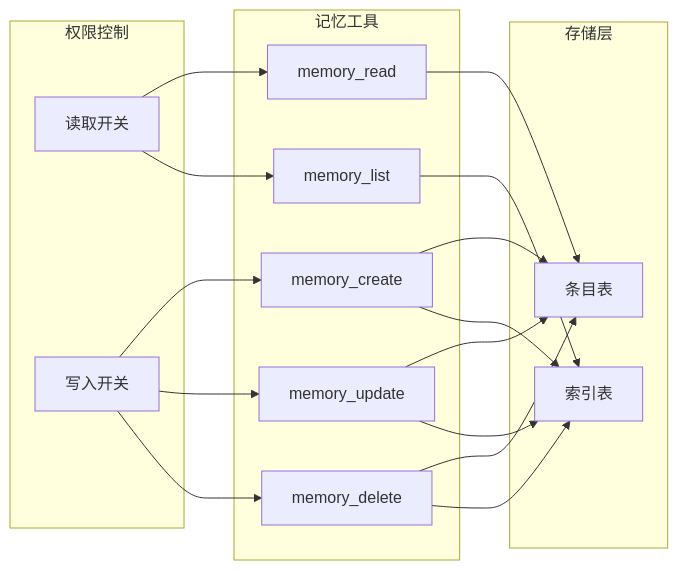
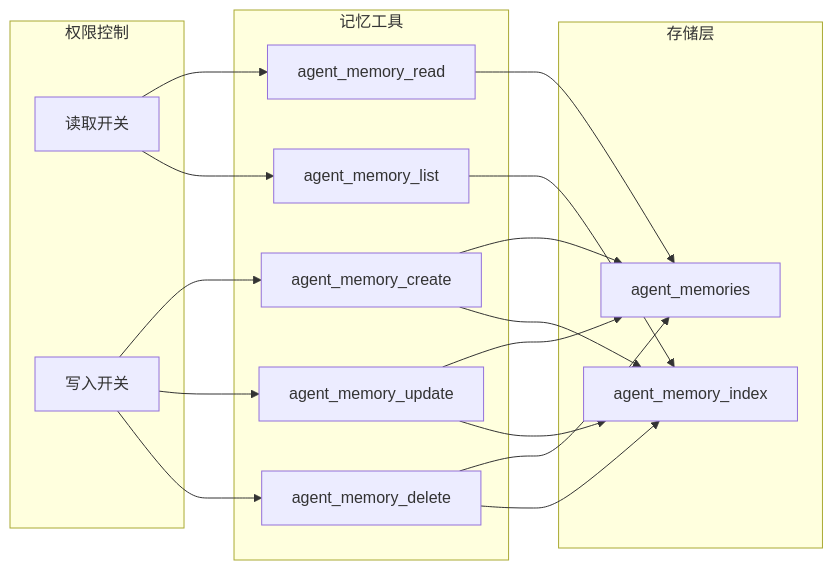
One commit to RudolphHuang/openclaw_doc changed the eighth of 14 diagrams in bar/记忆设计方案.md. Above: the diagram before and after it, drawn with Mermaid. The commit also changed other lines of this file, not shown here.

````diff
--- a/bar/记忆设计方案.md
+++ b/bar/记忆设计方案.md
@@ -355,35 +355,35 @@
 ```mermaid
 flowchart LR
     subgraph Tools["记忆工具"]
-        Create["memory_create"]
-        Read["memory_read"]
-        Update["memory_update"]
-        Delete["memory_delete"]
-        List["memory_list"]
+        Create["agent_memory_create"]
+        Read["agent_memory_read"]
+        Update["agent_memory_update"]
+        Delete["agent_memory_delete"]
+        List["agent_memory_list"]
     end
     
     subgraph Permissions["权限控制"]
         ReadEnabled["读取开关"]
         WriteEnabled["写入开关"]
     end
     
     subgraph Storage["存储层"]
-        Index["索引表"]
-        Entry["条目表"]
+        Index["agent_memory_index"]
+        Entry["agent_memories"]
     end
     
     ReadEnabled --> Read
     ReadEnabled --> List
     WriteEnabled --> Create
     WriteEnabled --> Update
     WriteEnabled --> Delete
     
     Create --> Entry
     Create --> Index
     Read --> Entry
     Update --> Entry
     Update --> Index
     Delete --> Entry
     Delete --> Index
     List --> Index
 ```
````
